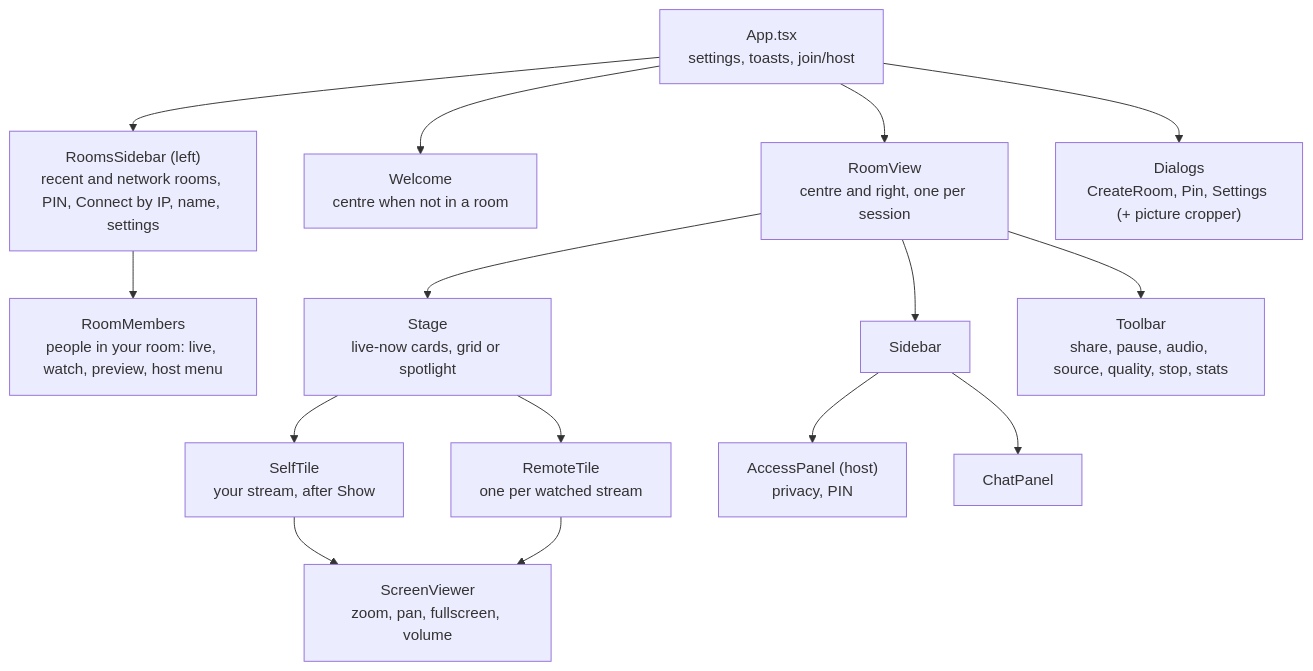
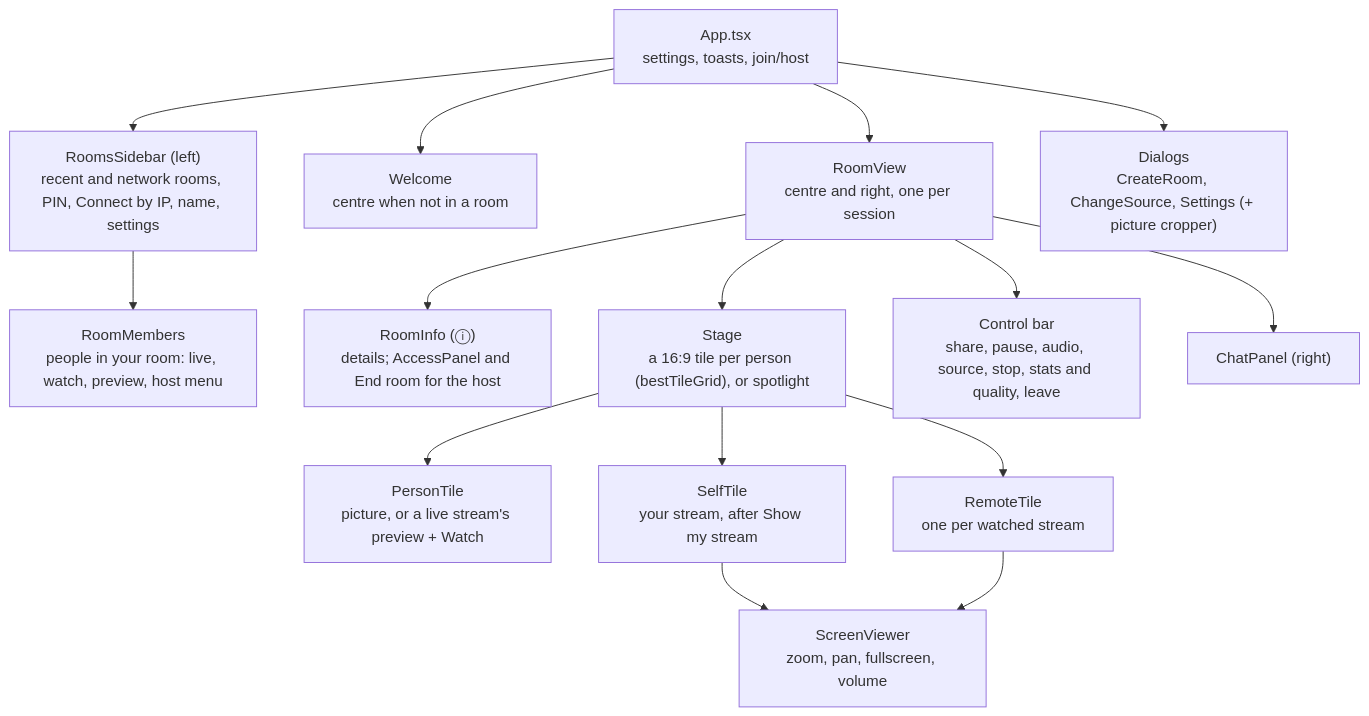
Before and after one commit to nsfxu/lan-screenshare: the fifth of 8 diagrams in docs/en-US/architecture.md, drawn with Mermaid. The commit also changed other lines of this file and 23 other files, not shown here.

First line of the commit message:
Give everyone a tile, with a control bar and room details behind ⓘ

````diff
--- a/docs/en-US/architecture.md
+++ b/docs/en-US/architecture.md
@@ -264,18 +264,18 @@
 ```mermaid
 flowchart TB
   App["App.tsx<br/>settings, toasts, join/host"]
   App --> Rooms["RoomsSidebar (left)<br/>recent and network rooms, PIN, Connect by IP, name, settings"]
   Rooms --> Members["RoomMembers<br/>people in your room: live, watch, preview, host menu"]
   App --> Welcome["Welcome<br/>centre when not in a room"]
   App --> Room["RoomView<br/>centre and right, one per session"]
-  App --> Dlg["Dialogs<br/>CreateRoom, Pin, Settings (+ picture cropper)"]
-  Room --> Stage["Stage<br/>live-now cards, grid or spotlight"]
-  Stage --> Self["SelfTile<br/>your stream, after Show"]
+  App --> Dlg["Dialogs<br/>CreateRoom, ChangeSource, Settings (+ picture cropper)"]
+  Room --> Info["RoomInfo (ⓘ)<br/>details; AccessPanel and End room for the host"]
+  Room --> Stage["Stage<br/>a 16:9 tile per person (bestTileGrid), or spotlight"]
+  Stage --> Person["PersonTile<br/>picture, or a live stream's preview + Watch"]
+  Stage --> Self["SelfTile<br/>your stream, after Show my stream"]
   Stage --> Remote["RemoteTile<br/>one per watched stream"]
   Self --> SV["ScreenViewer<br/>zoom, pan, fullscreen, volume"]
   Remote --> SV
-  Room --> Side["Sidebar"]
-  Side --> Access["AccessPanel (host)<br/>privacy, PIN"]
-  Side --> Chat["ChatPanel"]
-  Room --> Toolbar["Toolbar<br/>share, pause, audio, source, quality, stop, stats"]
+  Room --> Bar["Control bar<br/>share, pause, audio, source, stop, stats and quality, leave"]
+  Room --> Chat["ChatPanel (right)"]
 ```
````
